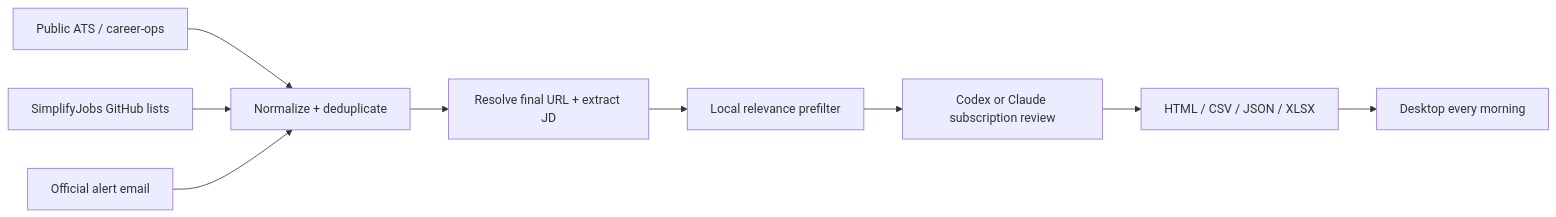
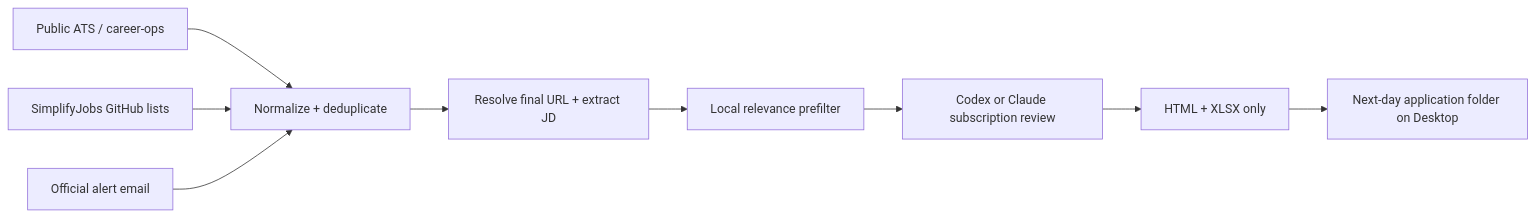
One commit to JackyJiang08/daily-job-match-alert changed the diagram in README.md. Above: the diagram before and after it, drawn with Mermaid. The commit also changed other lines of this file and 7 other files, not shown here.

Commit message:
feat: publish next-day two-file application reports

````diff
--- a/README.md
+++ b/README.md
@@ -33,11 +33,11 @@
 ```mermaid
 flowchart LR
   ATS[Public ATS / career-ops] --> N[Normalize + deduplicate]
   GH[SimplifyJobs GitHub lists] --> N
   EM[Official alert email] --> N
   N --> JD[Resolve final URL + extract JD]
   JD --> PF[Local relevance prefilter]
   PF --> LLM[Codex or Claude subscription review]
-  LLM --> R[HTML / CSV / JSON / XLSX]
-  R --> D[Desktop every morning]
+  LLM --> R[HTML + XLSX only]
+  R --> D[Next-day application folder on Desktop]
 ```
````
